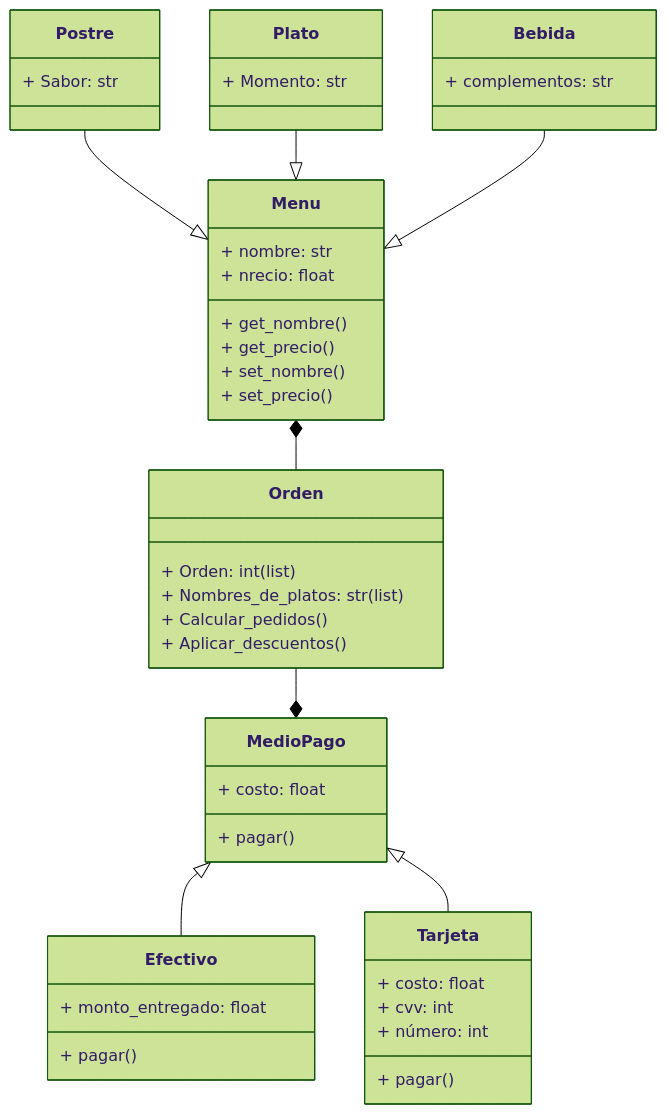
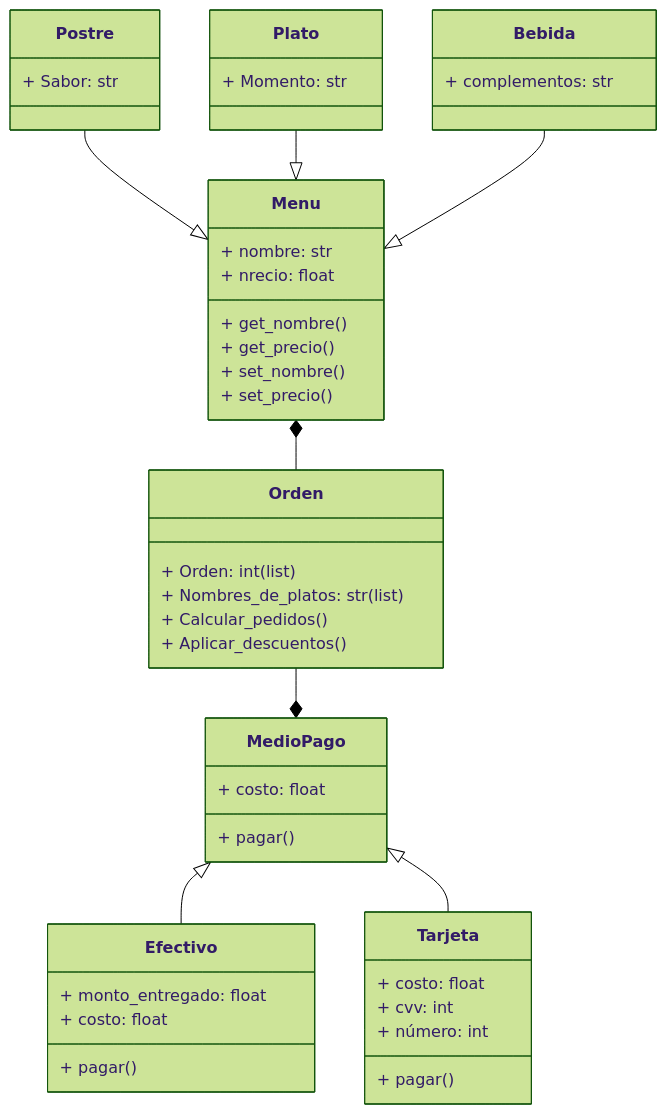
Before and after one commit to KevinF001/Reto-4: the diagram in README.md, drawn with Mermaid (forest theme).

````diff
--- a/README.md
+++ b/README.md
@@ -225,53 +225,54 @@
 ``` mermaid
 classDiagram
 
     class Menu{
         + nombre: str
         + nrecio: float
         + get_nombre()
         + get_precio()
         + set_nombre()
         + set_precio()
     }
     class Plato{
         + Momento: str
 
     }    
     class Bebida{
         + complementos: str
 
     }
     class Postre{
         + Sabor: str
 
     }
     class Orden{
         + Orden: int(list)
         + Nombres_de_platos: str(list)
         + Calcular_pedidos()
         + Aplicar_descuentos()
     }
     class MedioPago{
         + costo: float
         + pagar()
 
     }
     class Tarjeta{
         + costo: float
         + cvv: int
         + número: int
         + pagar()
     }
     class Efectivo{
         + monto_entregado: float
+        + costo: float
         + pagar()
     }
 
     Menu *-- Orden
     Postre --|>  Menu
     Plato --|>  Menu 
     Bebida --|> Menu
     Orden --* MedioPago
     MedioPago <|-- Efectivo
     MedioPago <|-- Tarjeta
 ```
````
